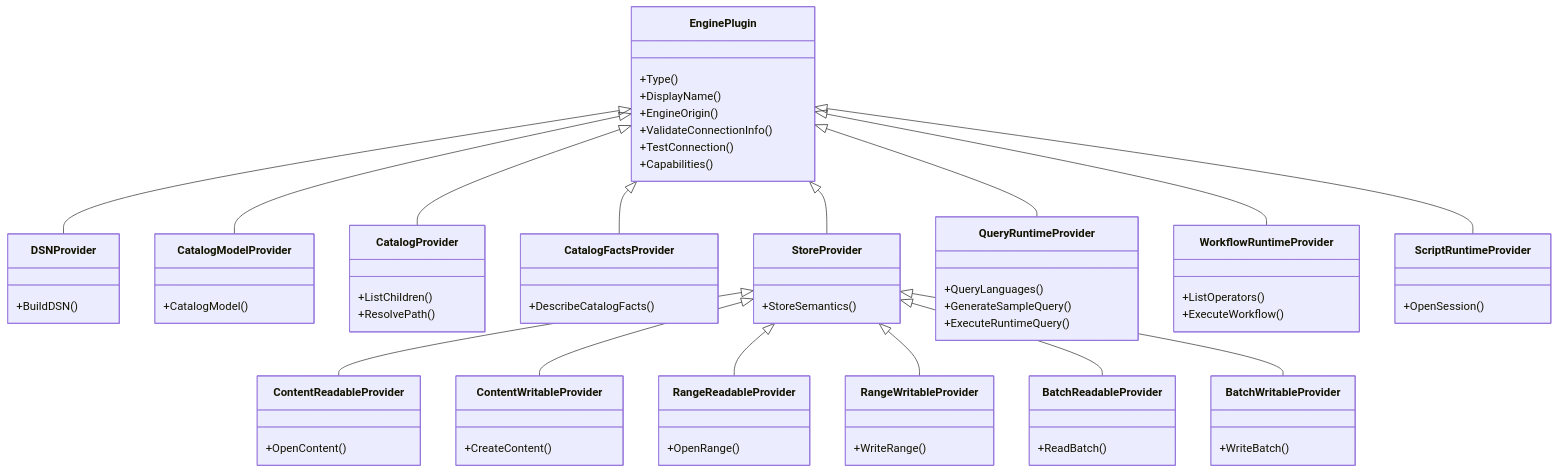
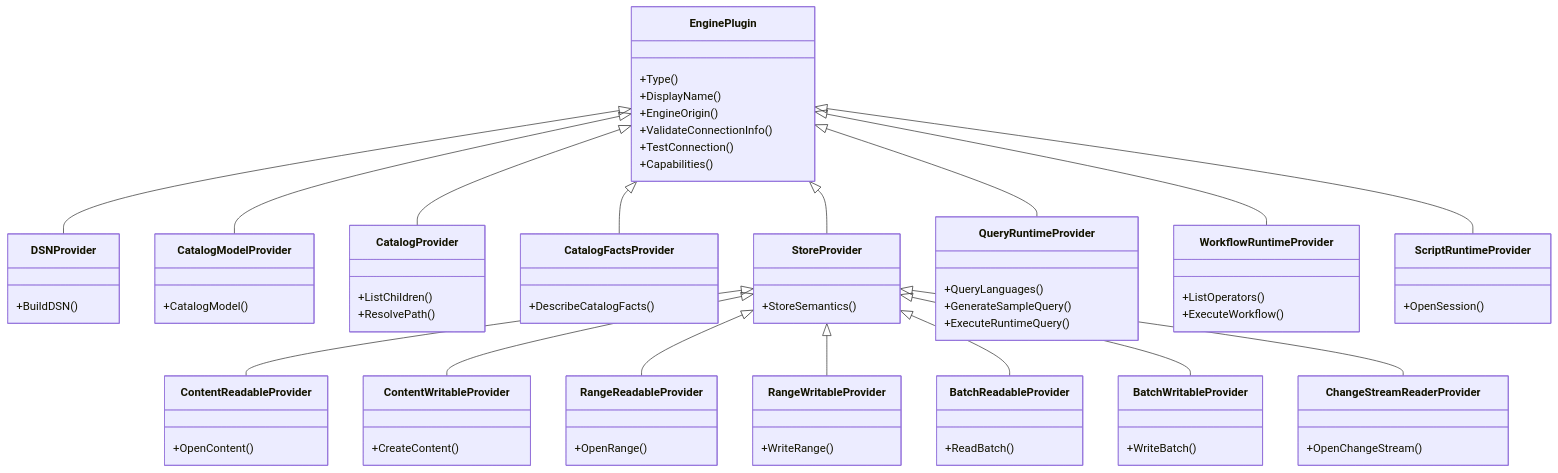
One commit to pampa0629/addp changed the second of 2 diagrams in docs/concepts/addp引擎体系图.md. Above: the diagram before and after it, drawn with Mermaid. The commit also changed other lines of this file and 291 other files, not shown here.

```diff
--- a/docs/concepts/addp引擎体系图.md
+++ b/docs/concepts/addp引擎体系图.md
@@ -118,6 +118,10 @@
         +WriteBatch()
     }
 
+    class ChangeStreamReaderProvider {
+        +OpenChangeStream()
+    }
+
     class QueryRuntimeProvider {
         +QueryLanguages()
         +GenerateSampleQuery()
@@ -144,6 +148,7 @@
     StoreProvider <|-- RangeWritableProvider
     StoreProvider <|-- BatchReadableProvider
     StoreProvider <|-- BatchWritableProvider
+    StoreProvider <|-- ChangeStreamReaderProvider
     EnginePlugin <|-- QueryRuntimeProvider
     EnginePlugin <|-- WorkflowRuntimeProvider
     EnginePlugin <|-- ScriptRuntimeProvider
```
